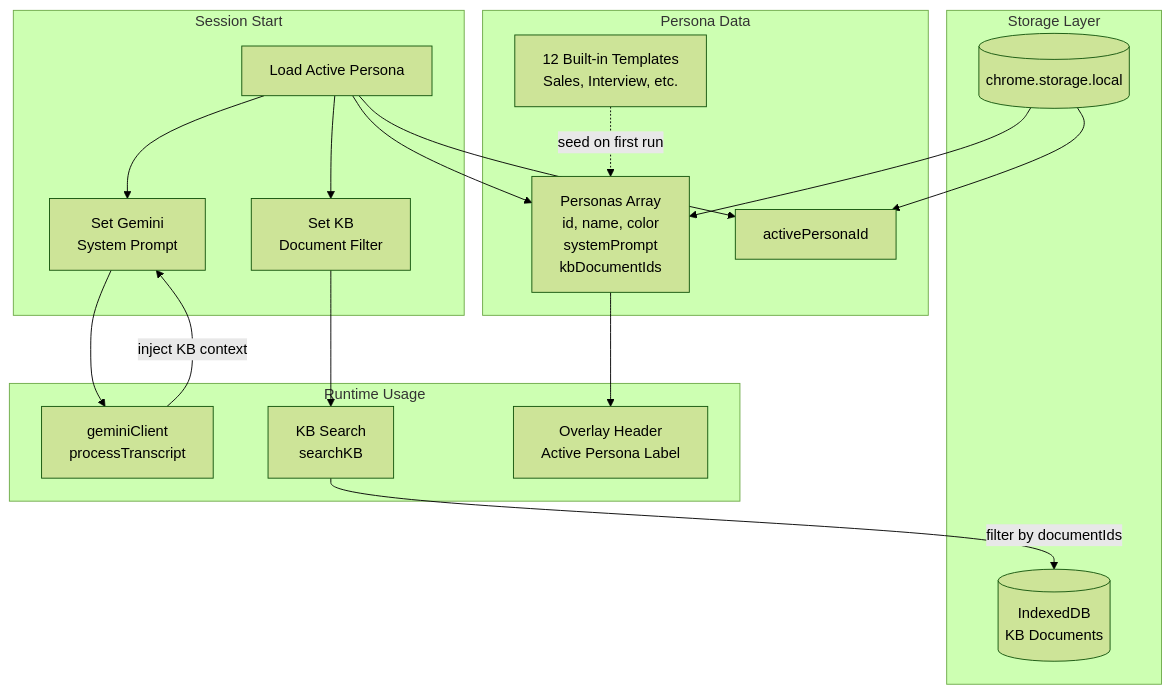
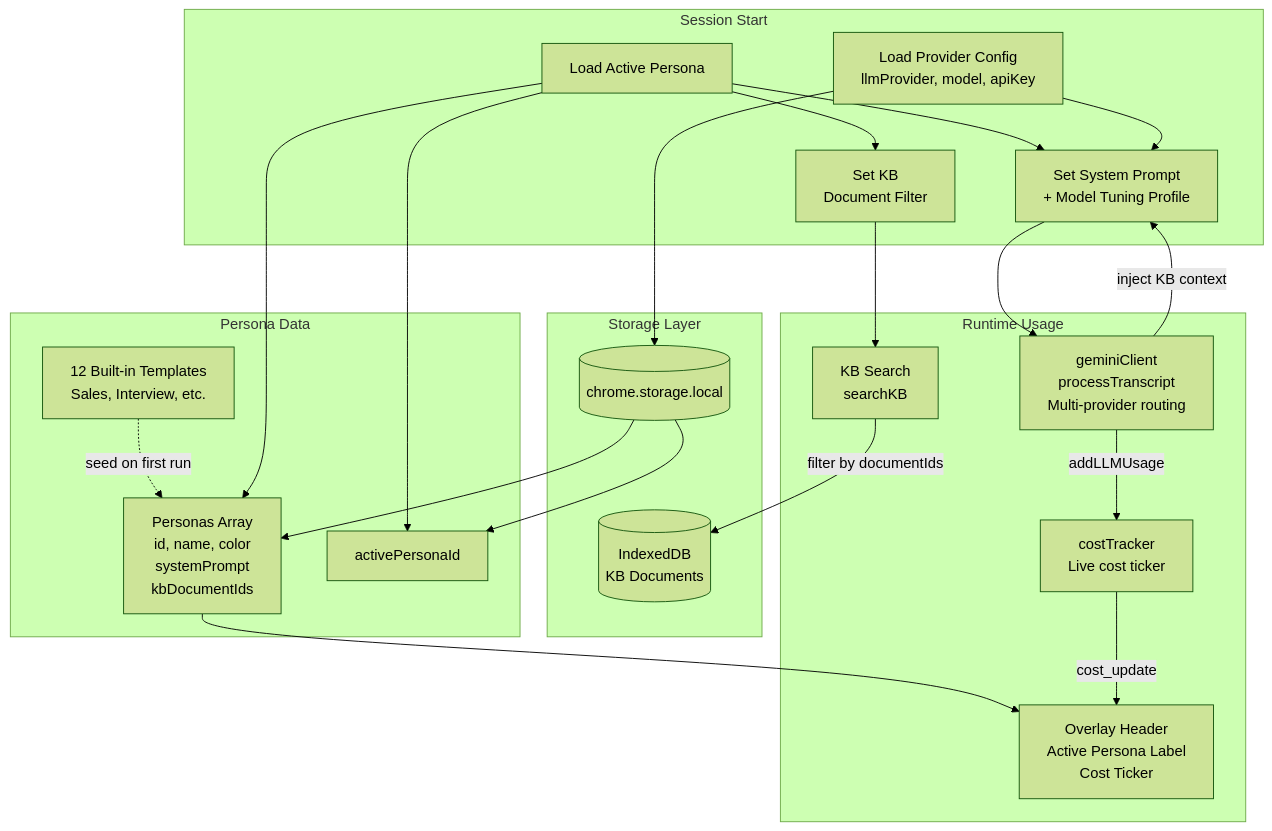
Before and after one commit to AntoineDubuc/wingman-ai: the fourth of 4 diagrams in docs/diagrams/ARCHITECTURE.md, drawn with Mermaid (forest theme). The commit also changed other lines of this file and 10 other files, not shown here.

First line of the commit message:
docs: Update all documentation for Phase 17 (multi-provider) and Phase 18 (cost tracking)

````diff
--- a/docs/diagrams/ARCHITECTURE.md
+++ b/docs/diagrams/ARCHITECTURE.md
@@ -151,43 +162,49 @@
 ```mermaid
 graph TB
     subgraph "Storage Layer"
         Storage[(chrome.storage.local)]
         IDB[(IndexedDB<br/>KB Documents)]
     end
 
     subgraph "Persona Data"
         Personas[Personas Array<br/>id, name, color<br/>systemPrompt<br/>kbDocumentIds]
         ActiveID[activePersonaId]
         Templates[12 Built-in Templates<br/>Sales, Interview, etc.]
     end
 
     subgraph "Session Start"
         Load[Load Active Persona]
-        SetPrompt[Set Gemini<br/>System Prompt]
+        LoadProvider[Load Provider Config<br/>llmProvider, model, apiKey]
+        SetPrompt[Set System Prompt<br/>+ Model Tuning Profile]
         SetFilter[Set KB<br/>Document Filter]
     end
 
     subgraph "Runtime Usage"
-        GeminiClient[geminiClient<br/>processTranscript]
+        GeminiClient[geminiClient<br/>processTranscript<br/>Multi-provider routing]
         KBSearch[KB Search<br/>searchKB]
-        Overlay2[Overlay Header<br/>Active Persona Label]
+        CostTracker2[costTracker<br/>Live cost ticker]
+        Overlay2[Overlay Header<br/>Active Persona Label<br/>Cost Ticker]
     end
 
     Storage --> Personas
     Storage --> ActiveID
     Templates -.->|seed on first run| Personas
 
     Load --> Personas
     Load --> ActiveID
+    LoadProvider --> Storage
     Load --> SetPrompt
+    LoadProvider --> SetPrompt
     Load --> SetFilter
 
     SetPrompt --> GeminiClient
     SetFilter --> KBSearch
 
     KBSearch -->|filter by documentIds| IDB
     GeminiClient -->|inject KB context| SetPrompt
+    GeminiClient -->|addLLMUsage| CostTracker2
 
     Personas --> Overlay2
+    CostTracker2 -->|cost_update| Overlay2
 
 ```
````
